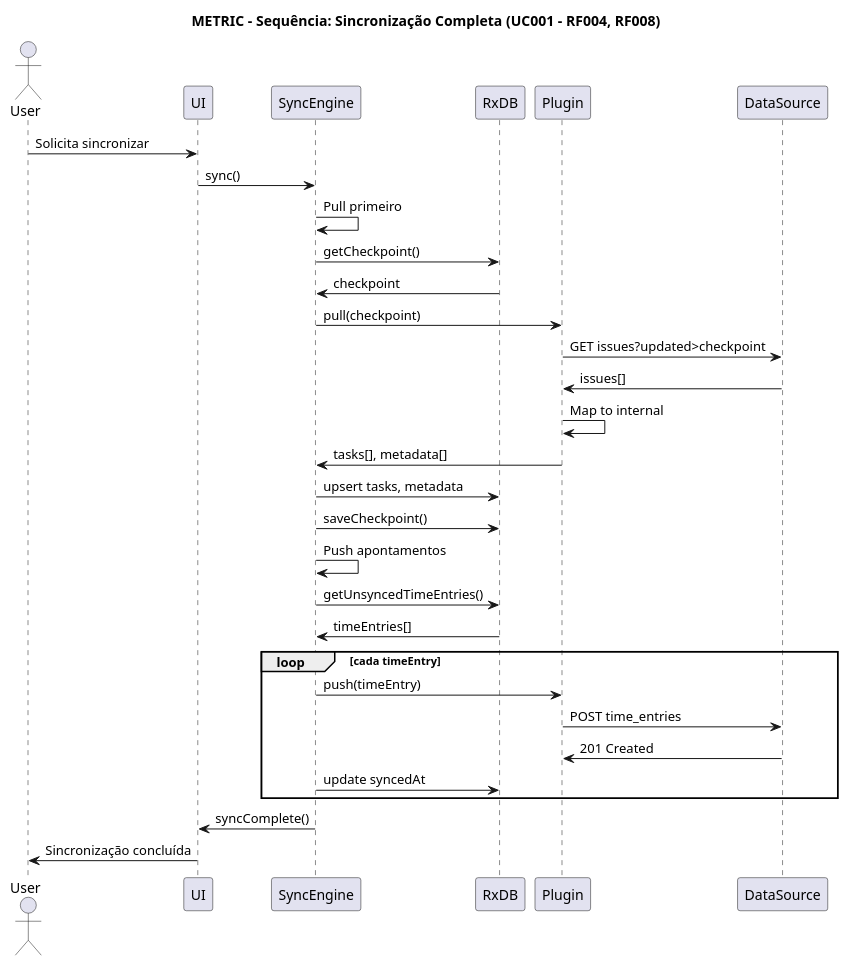
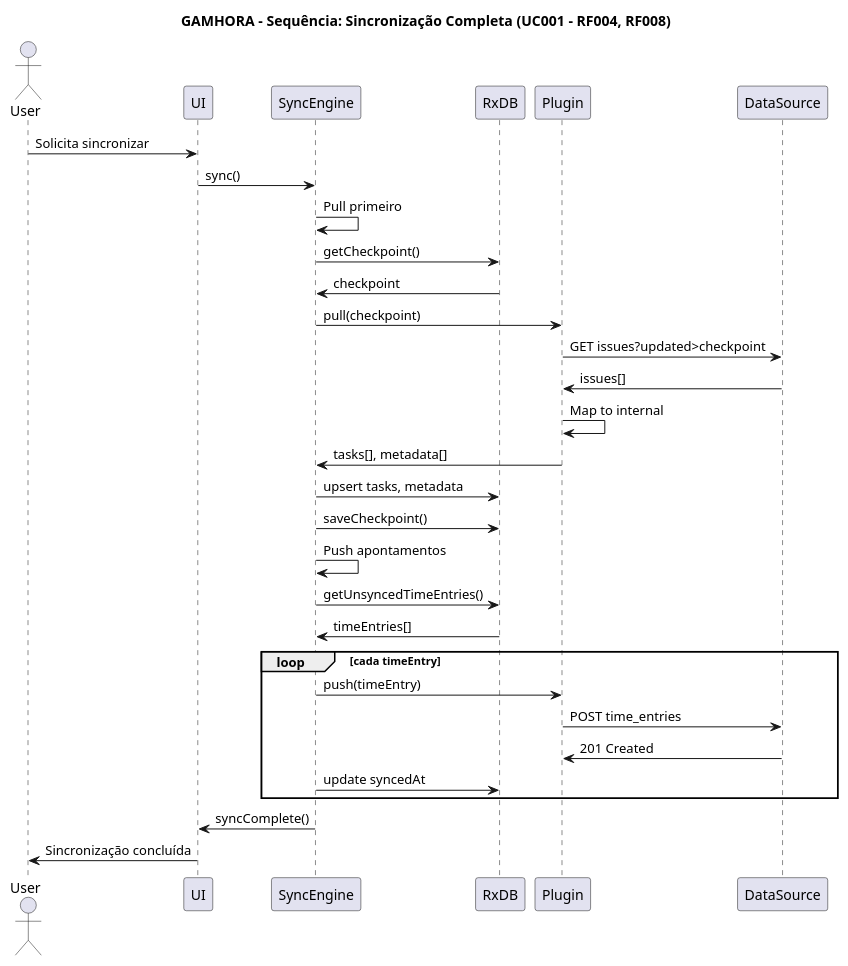
The diagram in docs/srs/diagrams/puml/uml/diagram-uml-003-sequence-sync.puml (Gustavohps10/gamhora), drawn with PlantUML before and after one commit. The commit also changed 323 other files, not shown here.

Commit message:
feat(core): rebrand from Metric to Gamhora, setup typecheck pipeline and strict typings

```diff
--- a/docs/srs/diagrams/puml/uml/diagram-uml-003-sequence-sync.puml
+++ b/docs/srs/diagrams/puml/uml/diagram-uml-003-sequence-sync.puml
@@ -1,38 +1,38 @@
 @startuml SequenceSync
-title METRIC - Sequência: Sincronização Completa (UC001 - RF004, RF008)
+title GAMHORA - Sequência: Sincronização Completa (UC001 - RF004, RF008)
 actor User
 participant UI
 participant SyncEngine
 participant RxDB
 participant Plugin
 participant DataSource
 
 User -> UI: Solicita sincronizar
 UI -> SyncEngine: sync()
 
 SyncEngine -> SyncEngine: Pull primeiro
 
 SyncEngine -> RxDB: getCheckpoint()
 RxDB -> SyncEngine: checkpoint
 SyncEngine -> Plugin: pull(checkpoint)
 Plugin -> DataSource: GET issues?updated>checkpoint
 DataSource -> Plugin: issues[]
 Plugin -> Plugin: Map to internal
 Plugin -> SyncEngine: tasks[], metadata[]
 
 SyncEngine -> RxDB: upsert tasks, metadata
 SyncEngine -> RxDB: saveCheckpoint()
 
 SyncEngine -> SyncEngine: Push apontamentos
 SyncEngine -> RxDB: getUnsyncedTimeEntries()
 RxDB -> SyncEngine: timeEntries[]
 loop cada timeEntry
     SyncEngine -> Plugin: push(timeEntry)
     Plugin -> DataSource: POST time_entries
     DataSource -> Plugin: 201 Created
     SyncEngine -> RxDB: update syncedAt
 end
 
 SyncEngine -> UI: syncComplete()
 UI -> User: Sincronização concluída
 @enduml
```
